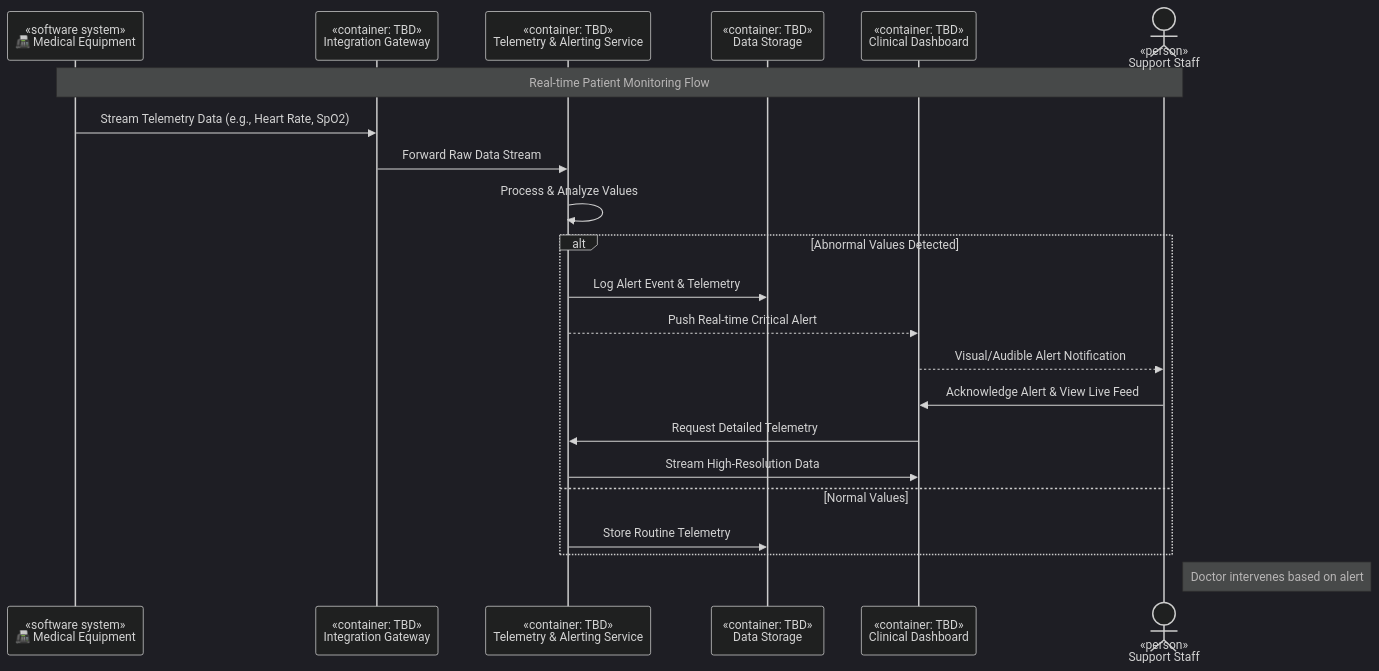
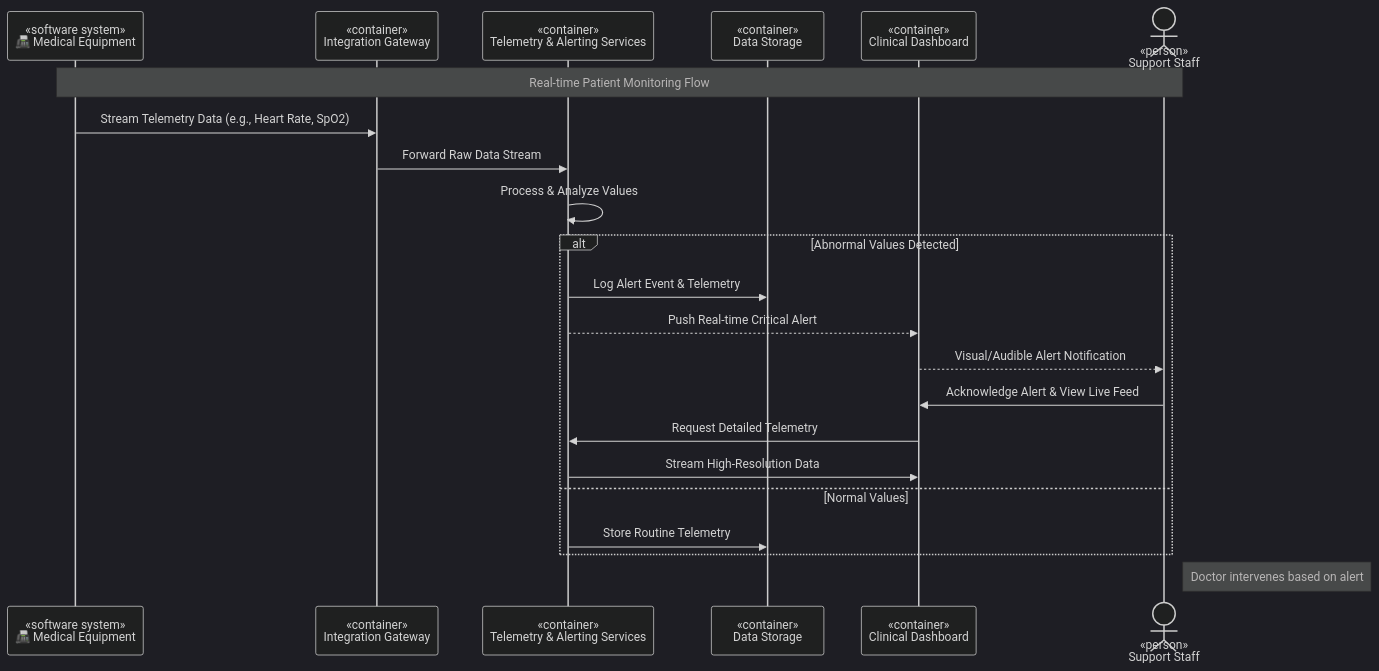
Before and after one commit to iugori/pulse-patrol: the sixth of 12 diagrams in docs/ARD-v2.1.md, drawn with Mermaid (dark theme). The commit also changed other lines of this file and 2 other files, not shown here.

````diff
--- a/docs/ARD-v2.1.md
+++ b/docs/ARD-v2.1.md
@@ -463,25 +465,25 @@
 ```mermaid
 sequenceDiagram
     participant ME as «software system»<br/>📠 Medical Equipment
-    participant IG as «container: TBD»<br/>Integration Gateway
-    participant TAS as «container: TBD»<br/>Telemetry & Alerting Service
-    participant DS as «container: TBD»<br/>Data Storage
-    participant CD as «container: TBD»<br/>Clinical Dashboard
+    participant IG as «container»<br/>Integration Gateway
+    participant TAS as «container»<br/>Telemetry & Alerting Services
+    participant DS as «container»<br/>Data Storage
+    participant CD as «container»<br/>Clinical Dashboard
     actor D as «person»<br/>Support Staff<br/>
     Note over ME, D: Real-time Patient Monitoring Flow
     ME ->> IG: Stream Telemetry Data (e.g., Heart Rate, SpO2)
     IG ->> TAS: Forward Raw Data Stream
     TAS ->> TAS: Process & Analyze Values
 
     alt Abnormal Values Detected
         TAS ->> DS: Log Alert Event & Telemetry
         TAS -->> CD: Push Real-time Critical Alert
         CD -->> D: Visual/Audible Alert Notification
         D ->> CD: Acknowledge Alert & View Live Feed
         CD ->> TAS: Request Detailed Telemetry
         TAS ->> CD: Stream High-Resolution Data
     else Normal Values
         TAS ->> DS: Store Routine Telemetry
     end
     Note right of D: Doctor intervenes based on alert
 ```
````
